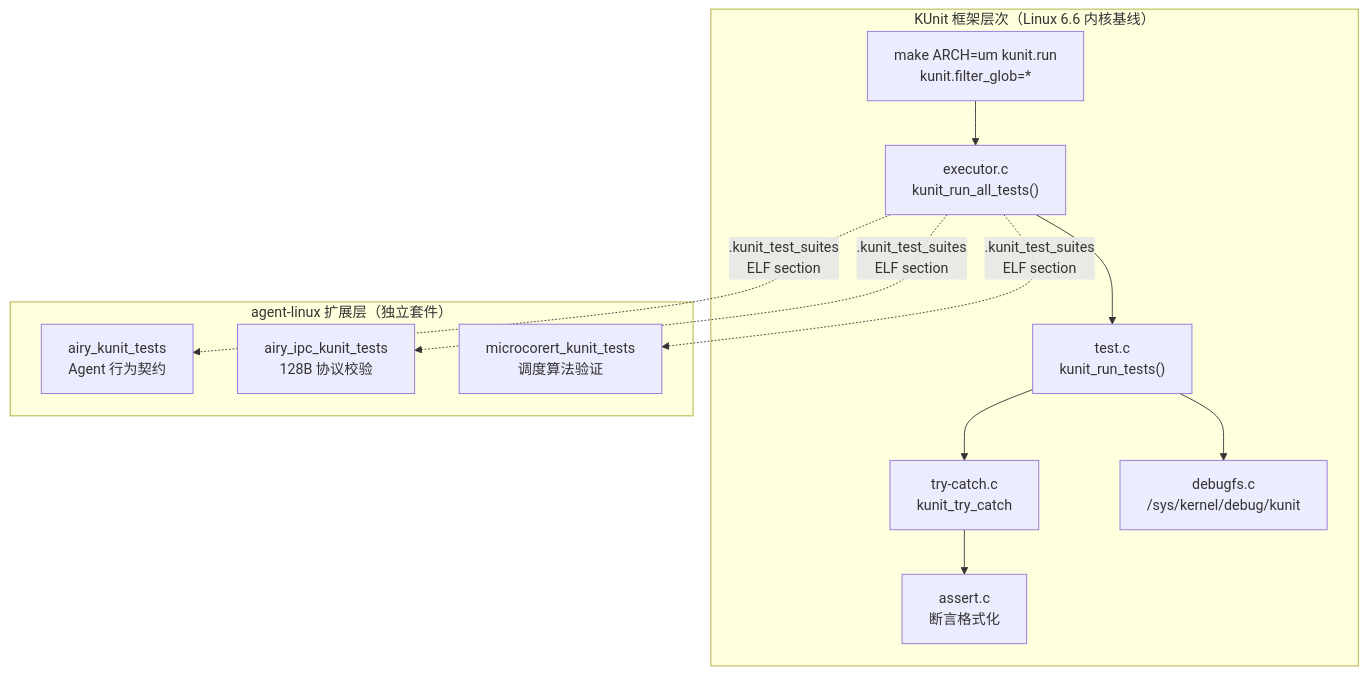
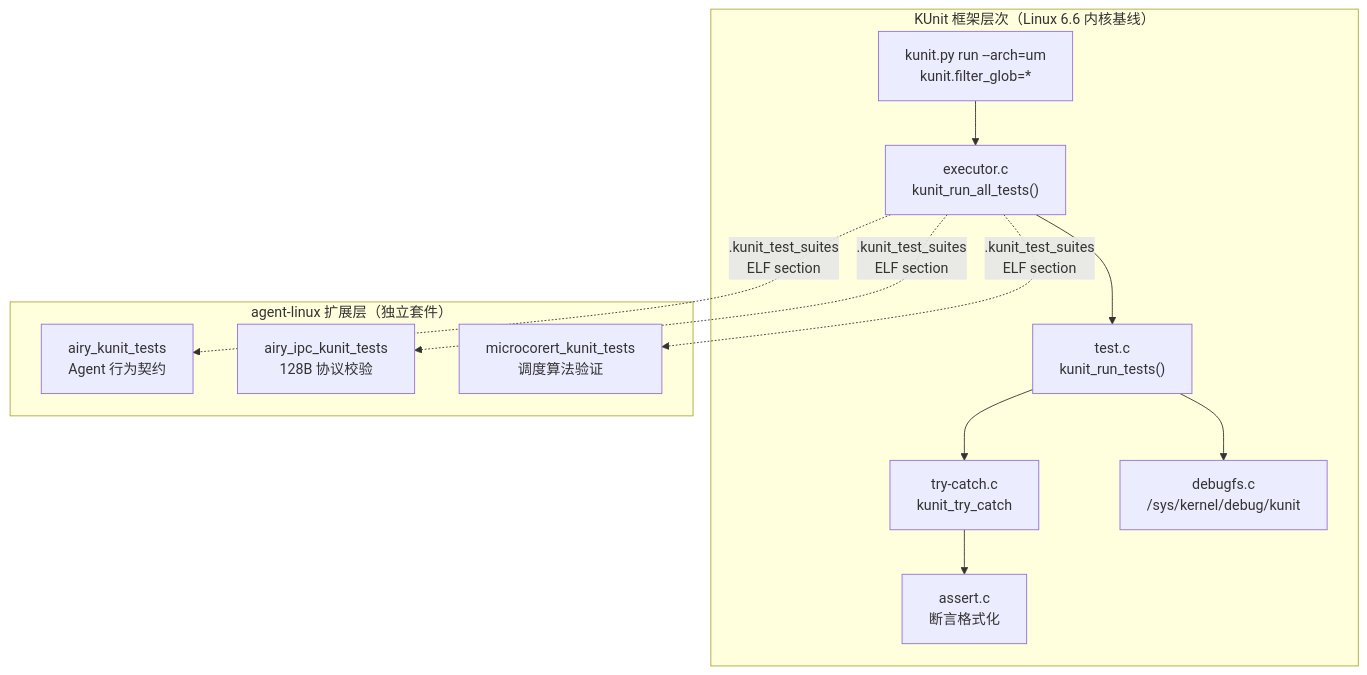
Before and after one commit to openairymax/docs-linux: the first of 4 diagrams in 80-testing/01-kunit-framework.md, drawn with Mermaid. The commit also changed other lines of this file and 2 other files, not shown here.

````diff
--- a/80-testing/01-kunit-framework.md
+++ b/80-testing/01-kunit-framework.md
@@ -43,21 +43,21 @@
 ```mermaid
 flowchart TB
     subgraph "KUnit 框架层次（Linux 6.6 内核基线）"
-        A["make ARCH=um kunit.run<br/>kunit.filter_glob=*"]
+        A["kunit.py run --arch=um<br/>kunit.filter_glob=*"]
         B["executor.c<br/>kunit_run_all_tests()"]
         C["test.c<br/>kunit_run_tests()"]
         D["try-catch.c<br/>kunit_try_catch"]
         E["assert.c<br/>断言格式化"]
         F["debugfs.c<br/>/sys/kernel/debug/kunit"]
     end
     A --> B --> C --> D --> E
     C --> F
     subgraph "agent-linux 扩展层（独立套件）"
         H["airy_kunit_tests<br/>Agent 行为契约"]
         I["airy_ipc_kunit_tests<br/>128B 协议校验"]
         J["microcorert_kunit_tests<br/>调度算法验证"]
     end
     B -.->|.kunit_test_suites<br/>ELF section| H
     B -.->|.kunit_test_suites<br/>ELF section| I
     B -.->|.kunit_test_suites<br/>ELF section| J
 ```
````
